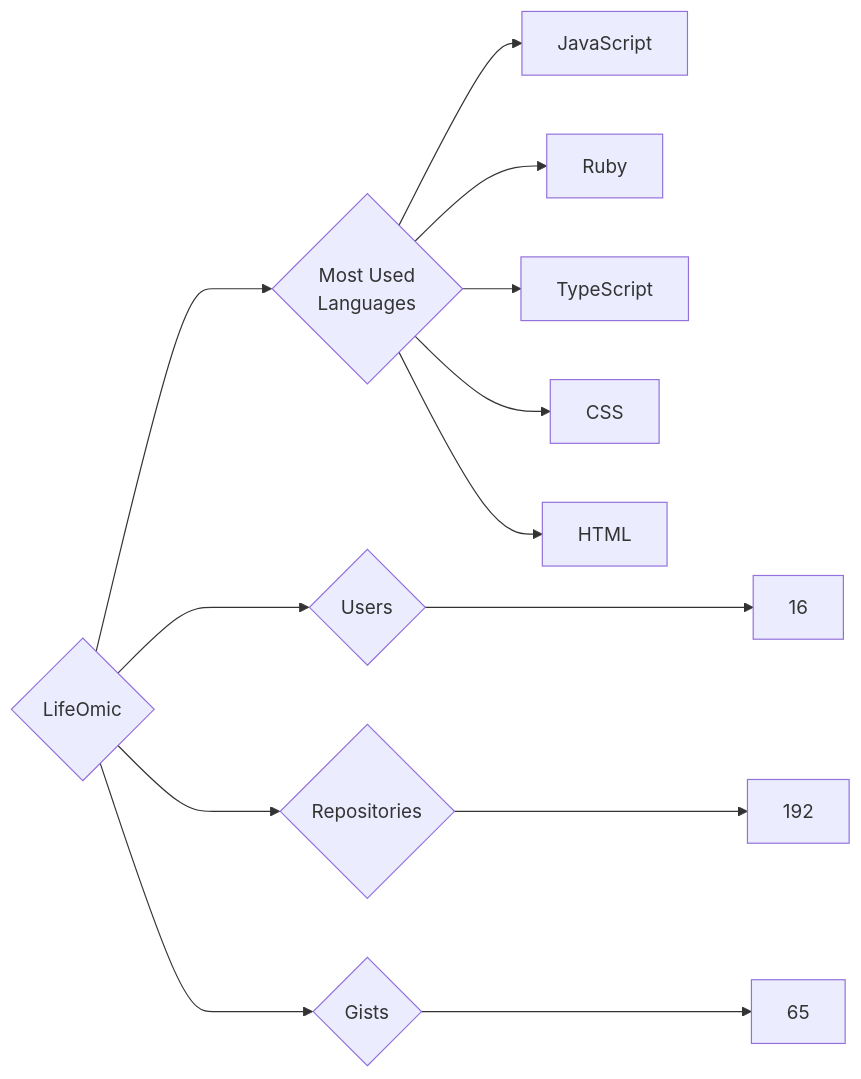
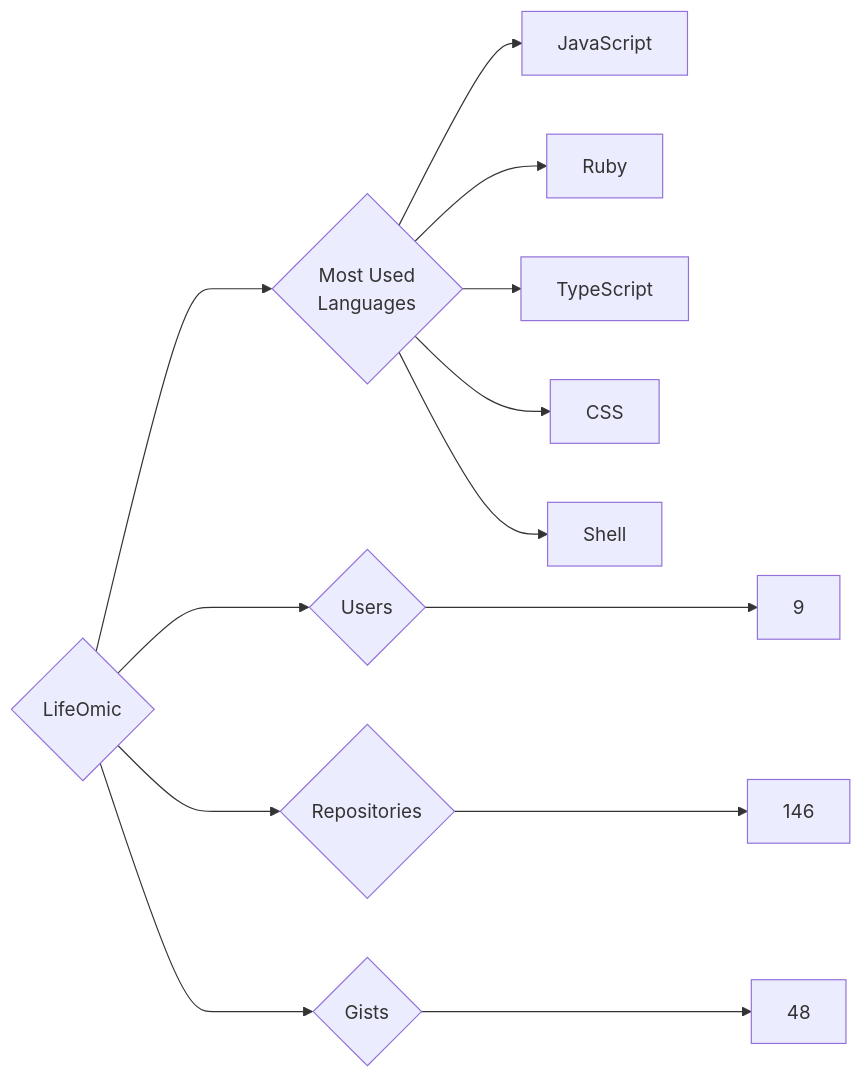
The diagram in targets/LifeOmic/README.md (trickest/insiders), drawn with Mermaid before and after one commit. The commit also changed 1508 other files, not shown here.

````diff
--- a/targets/LifeOmic/README.md
+++ b/targets/LifeOmic/README.md
@@ -3,13 +3,13 @@
 ```mermaid
 graph LR
 COMPANY_NAME{LifeOmic}
-COMPANY_NAME ---> U{Users} ---> UN[16]
-COMPANY_NAME ---> R{Repositories} ---> RN[192]
-COMPANY_NAME ---> G{Gists} ---> GN[65]
+COMPANY_NAME ---> U{Users} ---> UN[9]
+COMPANY_NAME ---> R{Repositories} ---> RN[146]
+COMPANY_NAME ---> G{Gists} ---> GN[48]
 COMPANY_NAME ---> ML{Most Used<br>Languages}
 ML --> JavaScript[JavaScript]
 ML --> Ruby[Ruby]
 ML --> TypeScript[TypeScript]
 ML --> CSS[CSS]
-ML --> HTML[HTML]
+ML --> Shell[Shell]
 ```
````
